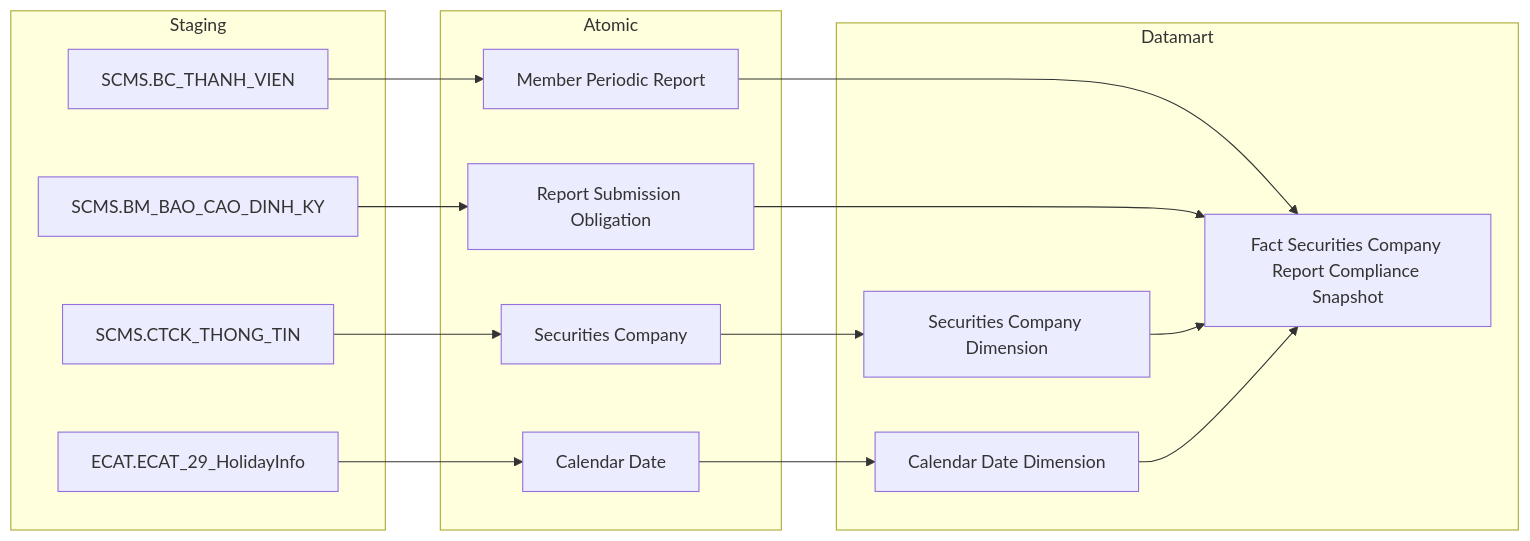
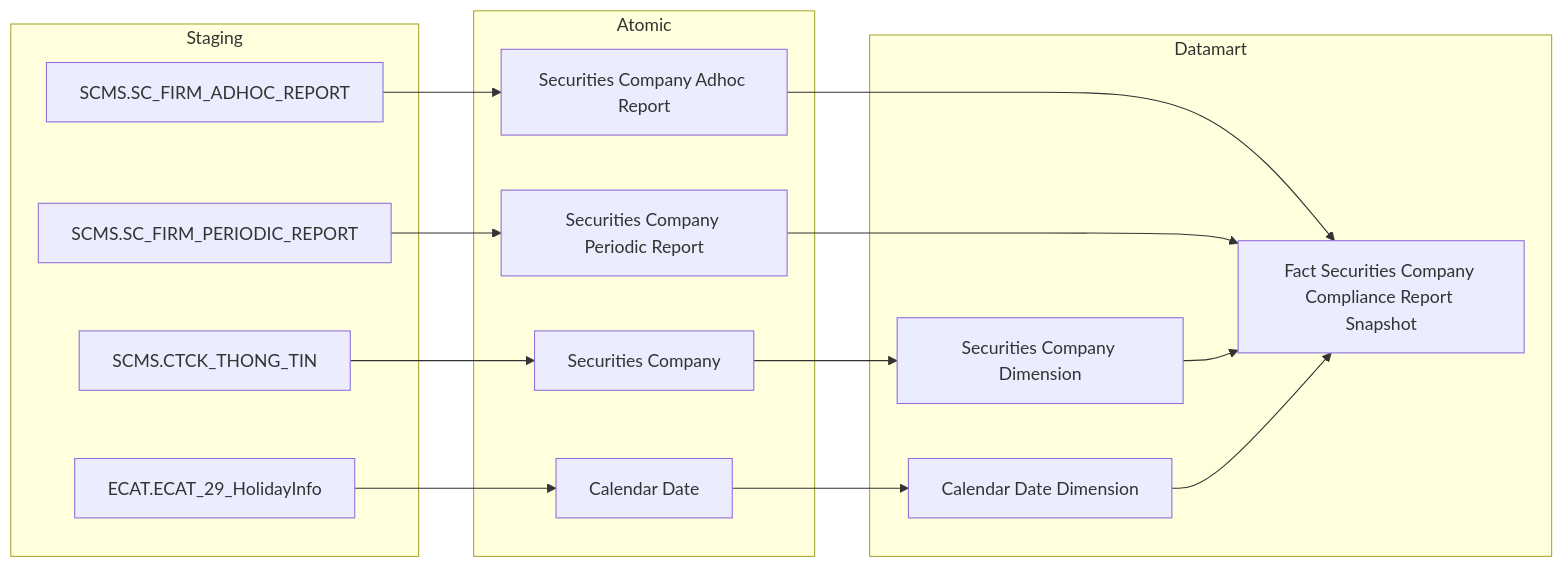
One commit to linhlvit/ubck_atomic_design changed the ninth of 30 diagrams in Datamart/hld/DTM_QLKD_HLD.md. Above: the diagram before and after it, drawn with Mermaid. The commit also changed other lines of this file and 9 other files, not shown here.

Commit message:
feat(QLKD): cap nhat thiet ke Datamart QLKD v4.3 va dong bo phan tich BA (bo sung Fact Compliance va Financial Snapshot)

````diff
--- a/Datamart/hld/DTM_QLKD_HLD.md
+++ b/Datamart/hld/DTM_QLKD_HLD.md
@@ -399,35 +359,35 @@
 ```mermaid
 flowchart LR
     subgraph SRC["Staging"]
-        S1["SCMS.BC_THANH_VIEN"]
-        S2["SCMS.CTCK_THONG_TIN"]
-        S3["SCMS.BM_BAO_CAO_DINH_KY"]
+        S1["SCMS.SC_FIRM_ADHOC_REPORT"]
+        S2["SCMS.SC_FIRM_PERIODIC_REPORT"]
+        S3["SCMS.CTCK_THONG_TIN"]
         ECAT_ECAT_29_HolidayInfo["ECAT.ECAT_29_HolidayInfo"]
     end
 
     subgraph SIL["Atomic"]
-        SV1["Member Periodic Report"]
+        SV1["Securities Company Adhoc Report"]
+        SV3["Securities Company Periodic Report"]
         SV2["Securities Company"]
-        SV3["Report Submission Obligation"]
         Calendar_Date["Calendar Date"]
     end
 
     subgraph Datamart["Datamart"]
-        G1["Fact Securities Company Report Compliance Snapshot"]
+        G1["Fact Securities Company Compliance Report Snapshot"]
         G2["Securities Company Dimension"]
         G3["Calendar Date Dimension"]
     end
 
     S1 --> SV1
-    S2 --> SV2
-    S3 --> SV3
+    S2 --> SV3
+    S3 --> SV2
     ECAT_ECAT_29_HolidayInfo --> Calendar_Date
 
     SV1 --> G1
     SV3 --> G1
     SV2 --> G2
     Calendar_Date --> G3
 
     G2 --> G1
     G3 --> G1
 ```
````
